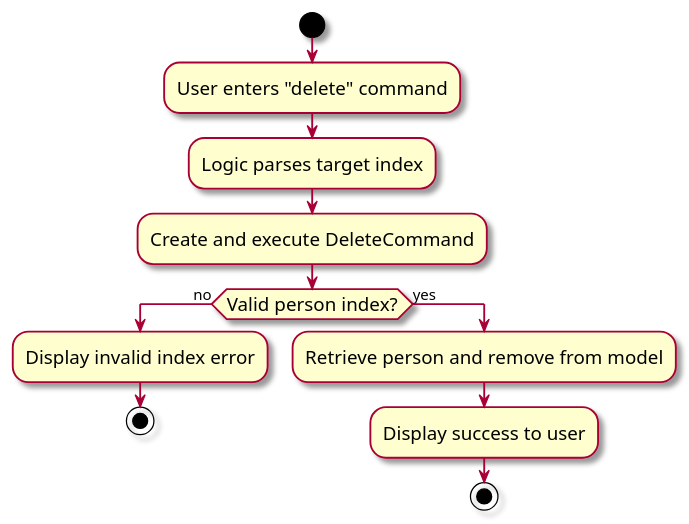
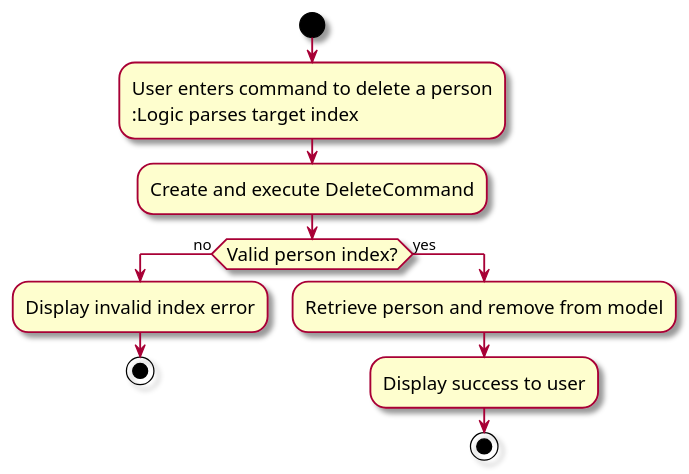
Before and after one commit to tonyvict/tp: the diagram in docs/diagrams/DeleteCommandActivityDiagram.puml, drawn with PlantUML. The commit also changed 14 other files, not shown here.

Commit message:
Update diagrams

```diff
--- a/docs/diagrams/DeleteCommandActivityDiagram.puml
+++ b/docs/diagrams/DeleteCommandActivityDiagram.puml
@@ -1,17 +1,17 @@
 @startuml
 skin rose
 skinparam ActivityFontSize 15
 skinparam ArrowFontSize 12
 start
-:User enters "delete" command;
+:User enters command to delete a person
 :Logic parses target index;
 :Create and execute DeleteCommand;
 if (Valid person index?) then (no)
   :Display invalid index error;
   stop
 else (yes)
   :Retrieve person and remove from model;
   :Display success to user;
   stop
 endif
 @enduml
```
